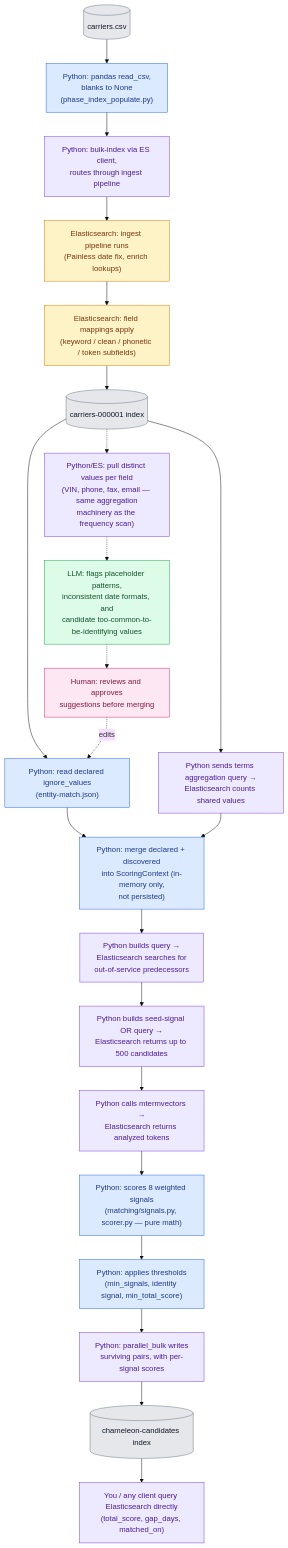
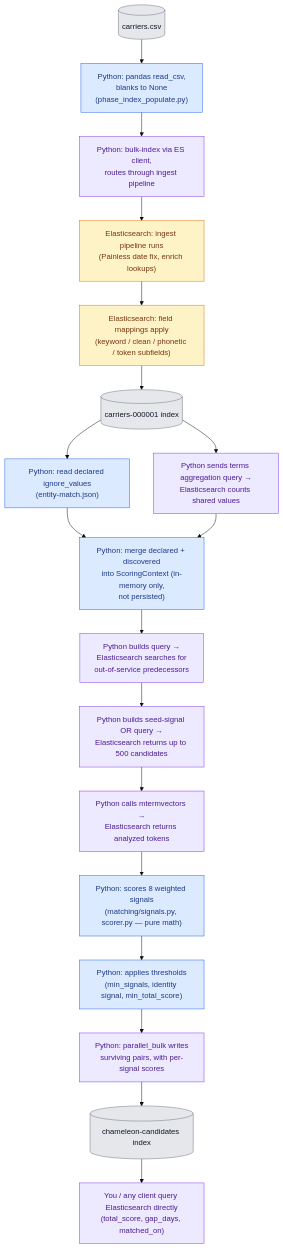
The first of 2 diagrams in DOT-Commercial/docs/chameleon-pipeline-explainer.md (freemansoft/entitopia), drawn with Mermaid (base theme) before and after one commit. The commit also changed other lines of this file, not shown here.

Commit message:
split the run diagram from the manual suppression creater potion

````diff
--- a/DOT-Commercial/docs/chameleon-pipeline-explainer.md
+++ b/DOT-Commercial/docs/chameleon-pipeline-explainer.md
@@ -54,43 +56,34 @@
 ```mermaid
 flowchart TD
     CSV[("carriers.csv")]
     CSV --> LOAD_PY["Python: pandas read_csv,<br/>blanks to None<br/>(phase_index_populate.py)"]
     LOAD_PY --> BULK["Python: bulk-index via ES client,<br/>routes through ingest pipeline"]
     BULK --> PIPE["Elasticsearch: ingest pipeline runs<br/>(Painless date fix, enrich lookups)"]
     PIPE --> MAP["Elasticsearch: field mappings apply<br/>(keyword / clean / phonetic / token subfields)"]
     MAP --> CARRIERS_IDX[("carriers-000001 index")]
 
     CARRIERS_IDX --> DECL["Python: read declared ignore_values<br/>(entity-match.json)"]
     CARRIERS_IDX --> AGG["Python sends terms aggregation query →<br/>Elasticsearch counts shared values"]
     DECL --> CTX["Python: merge declared + discovered<br/>into ScoringContext (in-memory only,<br/>not persisted)"]
     AGG --> CTX
 
     CTX --> PREDQ["Python builds query →<br/>Elasticsearch searches for<br/>out-of-service predecessors"]
     PREDQ --> CANDQ["Python builds seed-signal OR query →<br/>Elasticsearch returns up to 500 candidates"]
     CANDQ --> MTV["Python calls mtermvectors →<br/>Elasticsearch returns analyzed tokens"]
     MTV --> SCORE["Python: scores 8 weighted signals<br/>(matching/signals.py, scorer.py — pure math)"]
     SCORE --> FILTER["Python: applies thresholds<br/>(min_signals, identity signal, min_total_score)"]
 
     FILTER --> WRITE["Python: parallel_bulk writes<br/>surviving pairs, with per-signal scores"]
     WRITE --> RESULTS_IDX[("chameleon-candidates index")]
     RESULTS_IDX --> QUERY["You / any client query Elasticsearch directly<br/>(total_score, gap_days, matched_on)"]
 
-    CARRIERS_IDX -.-> DIST["Python/ES: pull distinct values per field<br/>(VIN, phone, fax, email — same aggregation<br/>machinery as the frequency scan)"]
-    DIST -.-> LLM["LLM: flags placeholder patterns,<br/>inconsistent date formats, and<br/>candidate too-common-to-be-identifying values"]
-    LLM -.-> HUMAN["Human: reviews and approves<br/>suggestions before merging"]
-    HUMAN -.->|"edits"| DECL
-
     classDef py fill:#dbeafe,stroke:#2563eb,color:#1e3a8a
     classDef es fill:#fef3c7,stroke:#d97706,color:#78350f
     classDef hybrid fill:#ede9fe,stroke:#7c3aed,color:#4c1d95
     classDef data fill:#e5e7eb,stroke:#6b7280,color:#111827
-    classDef llm fill:#dcfce7,stroke:#16a34a,color:#14532d
-    classDef human fill:#fce7f3,stroke:#db2777,color:#831843
 
     class LOAD_PY,DECL,CTX,SCORE,FILTER py
     class PIPE,MAP es
-    class BULK,AGG,PREDQ,CANDQ,MTV,WRITE,QUERY,DIST hybrid
+    class BULK,AGG,PREDQ,CANDQ,MTV,WRITE,QUERY hybrid
     class CSV,CARRIERS_IDX,RESULTS_IDX data
-    class LLM llm
-    class HUMAN human
 ```
````
